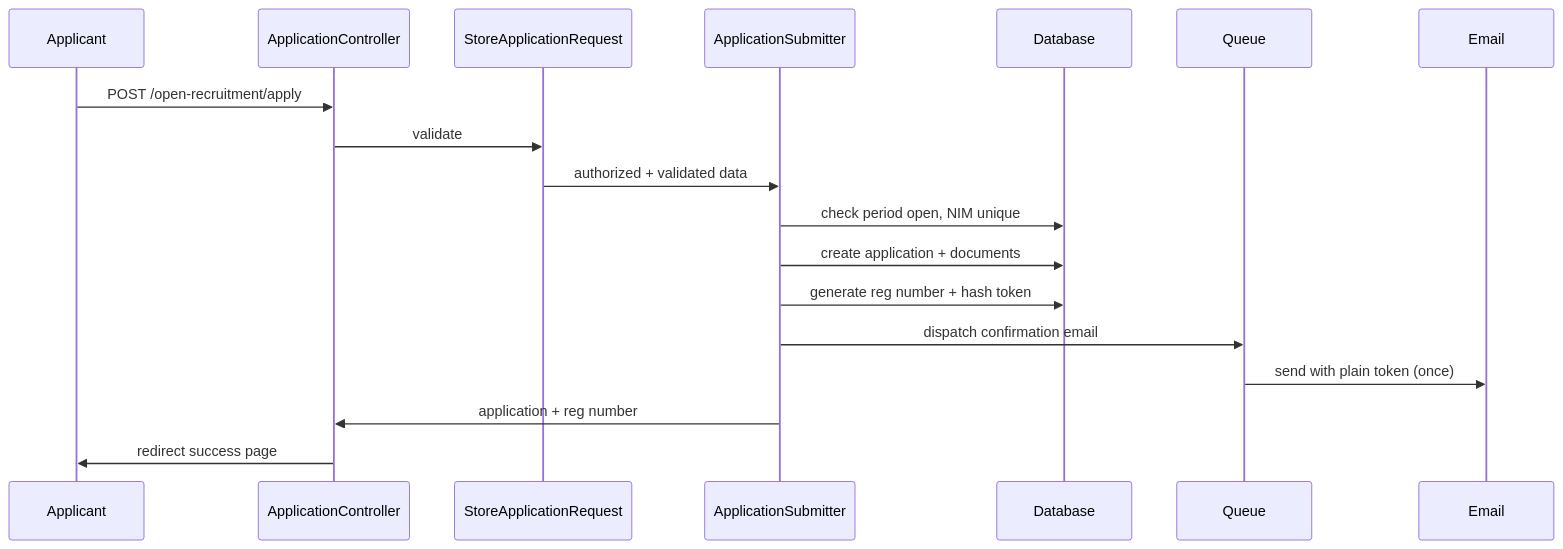
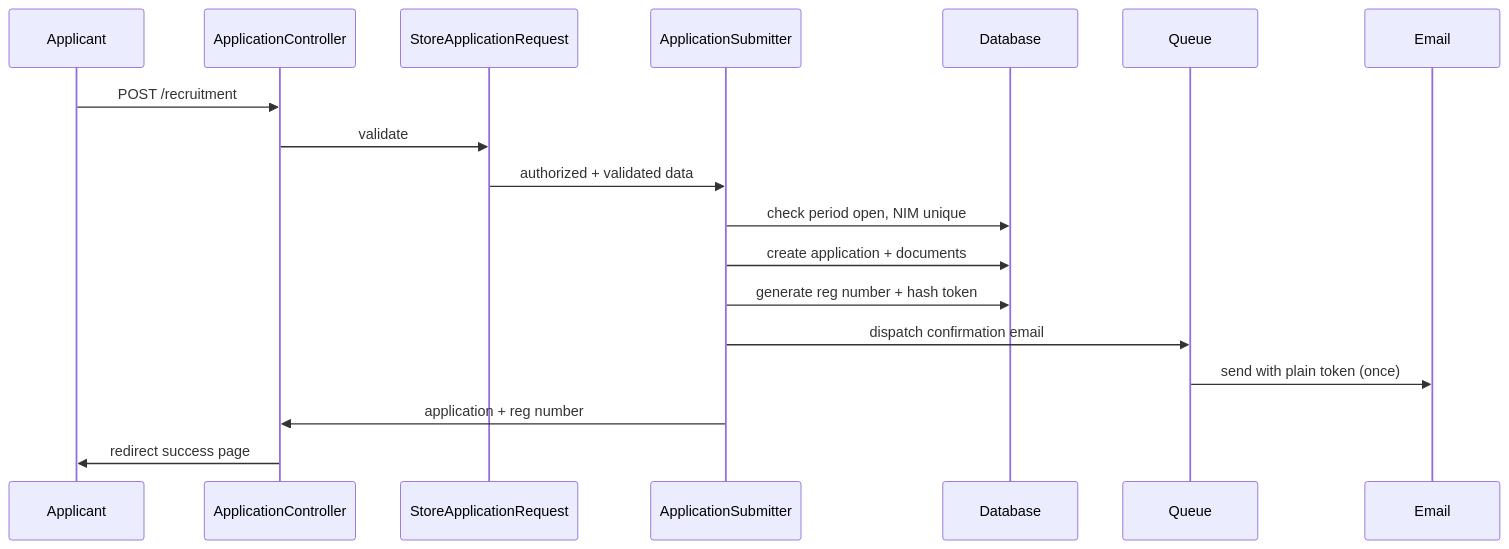
The second of 2 diagrams in docs/module/oprec/architecture.md (Dinus-Open-Source-Community/d-form-v2), drawn with Mermaid before and after one commit. The commit also changed other lines of this file and 114 other files, not shown here.

````diff
--- a/docs/module/oprec/architecture.md
+++ b/docs/module/oprec/architecture.md
@@ -248,21 +247,21 @@
 ```mermaid
 sequenceDiagram
   participant A as Applicant
   participant C as ApplicationController
   participant R as StoreApplicationRequest
   participant S as ApplicationSubmitter
   participant DB as Database
   participant Q as Queue
   participant E as Email
 
-  A->>C: POST /open-recruitment/apply
+  A->>C: POST /recruitment
   C->>R: validate
   R->>S: authorized + validated data
   S->>DB: check period open, NIM unique
   S->>DB: create application + documents
   S->>DB: generate reg number + hash token
   S->>Q: dispatch confirmation email
   Q->>E: send with plain token (once)
   S->>C: application + reg number
   C->>A: redirect success page
 ```
````
